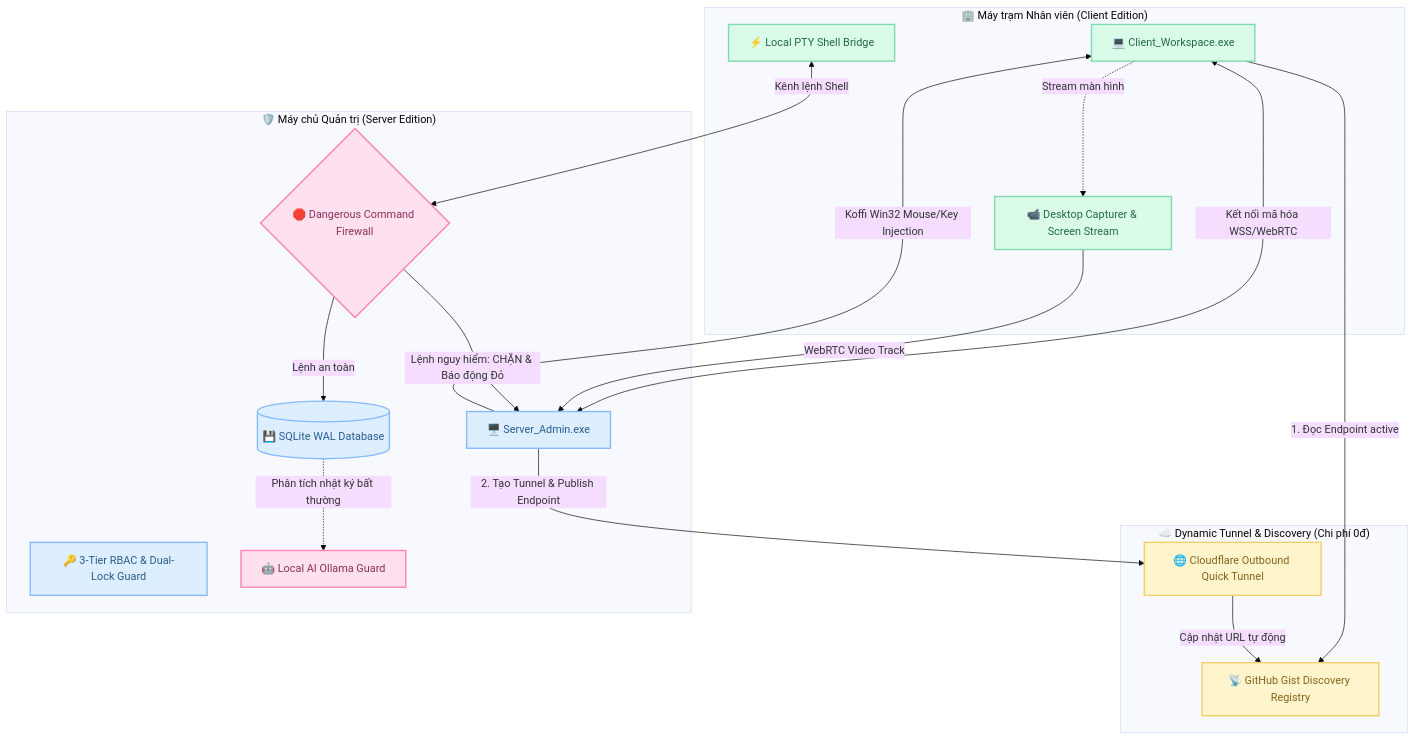
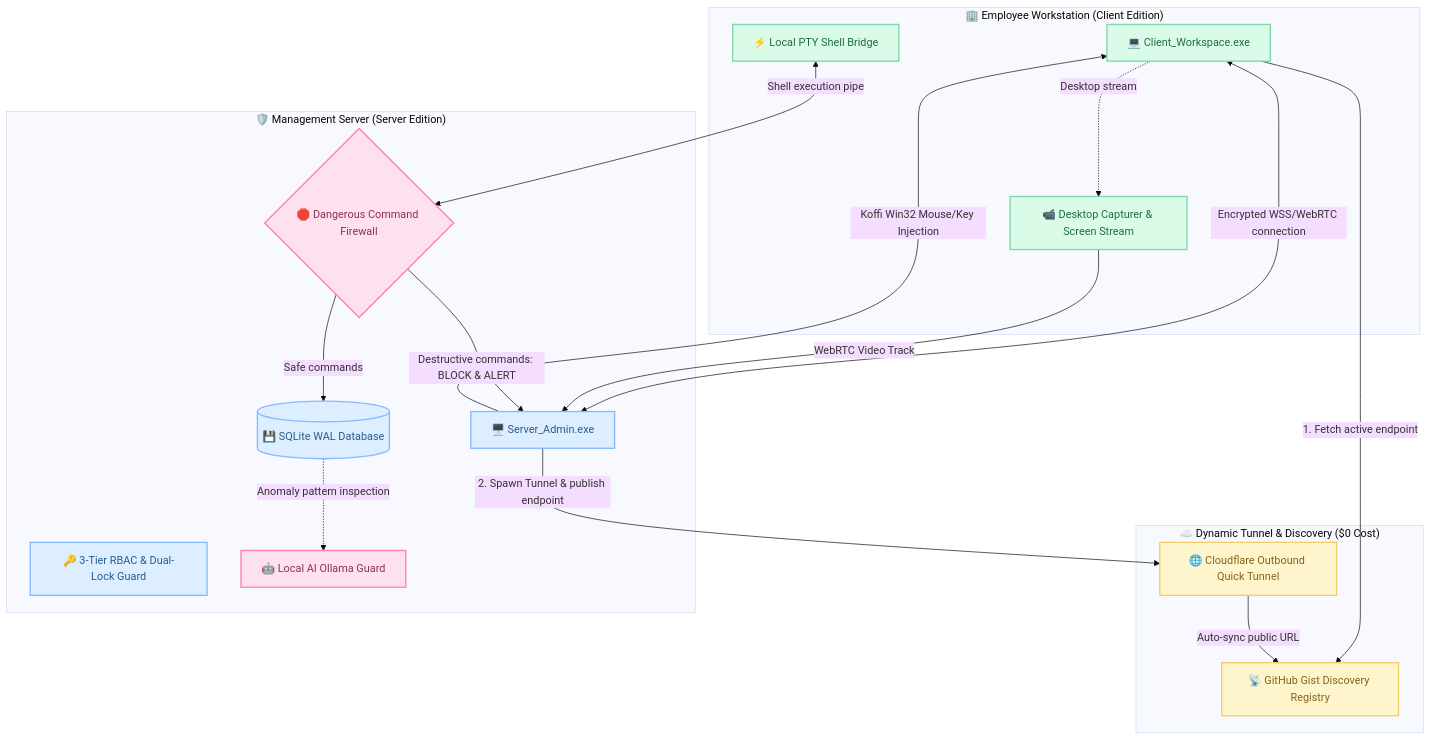
The diagram in README.md (phanleon/Gr_2), drawn with Mermaid (base theme) before and after one commit. The commit also changed other lines of this file and 3 other files, not shown here.

````diff
--- a/README.md
+++ b/README.md
@@ -102,45 +102,45 @@
 ```mermaid
 flowchart TD
-    subgraph ClientZone ["🏢 Máy trạm Nhân viên (Client Edition)"]
+    subgraph ClientZone ["🏢 Employee Workstation (Client Edition)"]
         ClientApp["💻 Client_Workspace.exe"]
         ScreenCap["📹 Desktop Capturer & Screen Stream"]
         LocalPty["⚡ Local PTY Shell Bridge"]
     end
 
-    subgraph TunnelCloud ["☁️ Dynamic Tunnel & Discovery (Chi phí 0đ)"]
+    subgraph TunnelCloud ["☁️ Dynamic Tunnel & Discovery ($0 Cost)"]
         CFTunnel["🌐 Cloudflare Outbound Quick Tunnel"]
         GistRegistry["📡 GitHub Gist Discovery Registry"]
     end
 
-    subgraph ServerZone ["🛡️ Máy chủ Quản trị (Server Edition)"]
+    subgraph ServerZone ["🛡️ Management Server (Server Edition)"]
         ServerApp["🖥️ Server_Admin.exe"]
         AuthRBAC["🔑 3-Tier RBAC & Dual-Lock Guard"]
         CmdFirewall{"🛑 Dangerous Command Firewall"}
         AuditDB[("💾 SQLite WAL Database")]
         OllamaAI["🤖 Local AI Ollama Guard"]
     end
 
-    ClientApp -->|"1. Đọc Endpoint active"| GistRegistry
-    ServerApp -->|"2. Tạo Tunnel & Publish Endpoint"| CFTunnel
-    CFTunnel -->|"Cập nhật URL tự động"| GistRegistry
-    ClientApp <-->|"Kết nối mã hóa WSS/WebRTC"| ServerApp
+    ClientApp -->|"1. Fetch active endpoint"| GistRegistry
+    ServerApp -->|"2. Spawn Tunnel & publish endpoint"| CFTunnel
+    CFTunnel -->|"Auto-sync public URL"| GistRegistry
+    ClientApp <-->|"Encrypted WSS/WebRTC connection"| ServerApp
 
-    ClientApp -.->|"Stream màn hình"| ScreenCap
+    ClientApp -.->|"Desktop stream"| ScreenCap
     ScreenCap -->|"WebRTC Video Track"| ServerApp
     ServerApp -->|"Koffi Win32 Mouse/Key Injection"| ClientApp
 
-    LocalPty <-->|"Kênh lệnh Shell"| CmdFirewall
-    CmdFirewall -->|"Lệnh an toàn"| AuditDB
-    CmdFirewall -->|"Lệnh nguy hiểm: CHẶN & Báo động Đỏ"| ServerApp
-    AuditDB -.->|"Phân tích nhật ký bất thường"| OllamaAI
+    LocalPty <-->|"Shell execution pipe"| CmdFirewall
+    CmdFirewall -->|"Safe commands"| AuditDB
+    CmdFirewall -->|"Destructive commands: BLOCK & ALERT"| ServerApp
+    AuditDB -.->|"Anomaly pattern inspection"| OllamaAI
 
     classDef blue fill:#DCEEFF,stroke:#85BAFF,color:#285C91,stroke-width:2px;
     classDef mint fill:#D9FBE8,stroke:#7ED9AC,color:#236B49,stroke-width:2px;
     classDef pink fill:#FFE0EF,stroke:#FF80B5,color:#8A3159,stroke-width:2px;
     classDef yellow fill:#FFF5CC,stroke:#F3CE65,color:#85631B,stroke-width:2px;
 
     class ClientApp,ScreenCap,LocalPty mint;
     class CFTunnel,GistRegistry yellow;
     class ServerApp,AuthRBAC,AuditDB blue;
     class CmdFirewall,OllamaAI pink;
 ```
````
